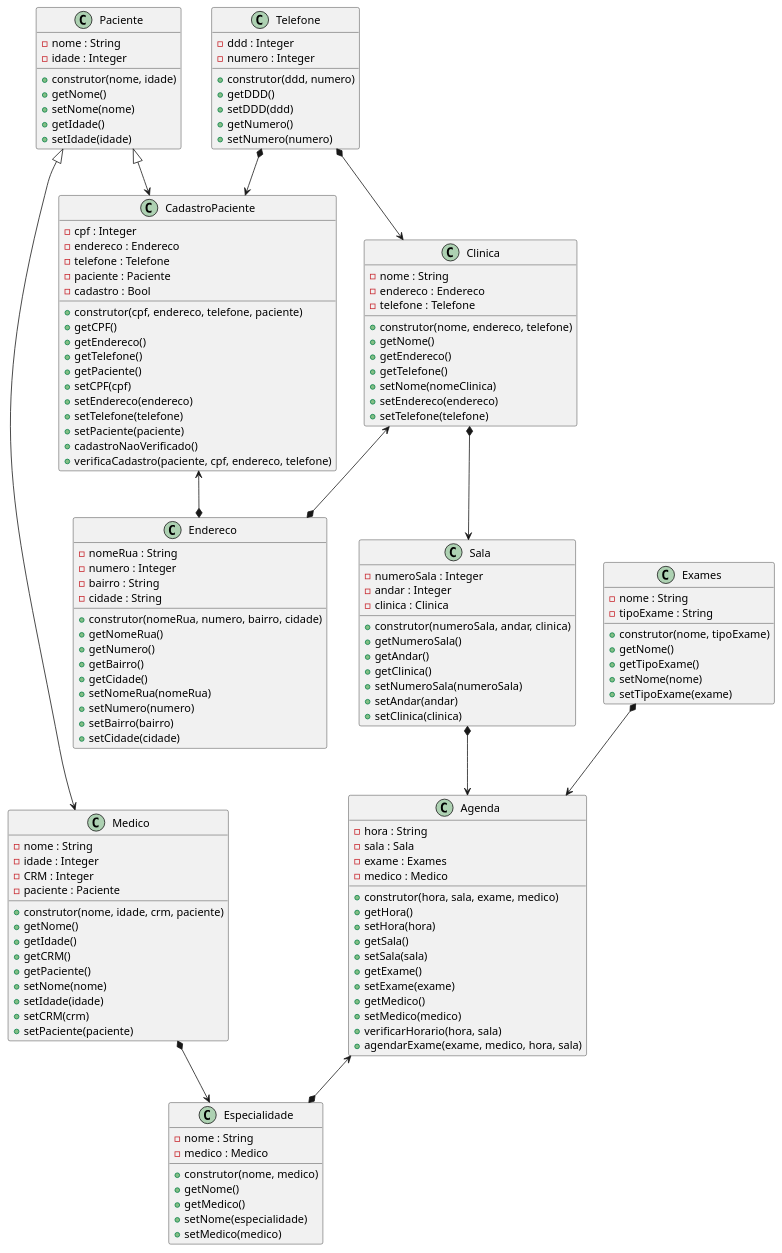
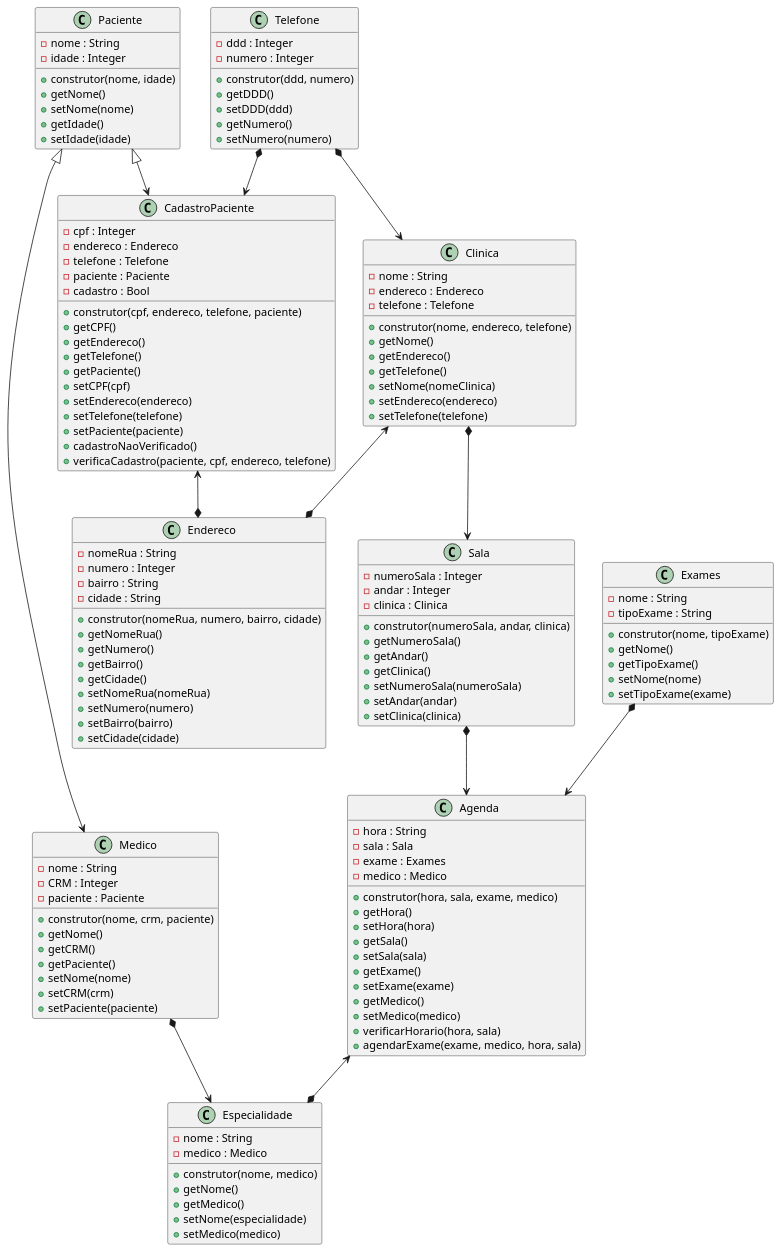
The diagram in diagrama.plantuml (anleaes/2022-1-N2-POO-03), drawn with PlantUML before and after one commit.

Commit message:
retirado gets e sets idade

```diff
--- a/diagrama.plantuml
+++ b/diagrama.plantuml
@@ -1,150 +1,147 @@
 @startuml Gerenciamento de Exames Medicos
 
     class Agenda{
         - hora : String
         - sala : Sala
         - exame : Exames
         - medico : Medico
         + construtor(hora, sala, exame, medico)
         + getHora()
         + setHora(hora)
         + getSala()
         + setSala(sala)
         + getExame()
         + setExame(exame)
         + getMedico()
         + setMedico(medico)
         + verificarHorario(hora, sala)
         + agendarExame(exame, medico, hora, sala)
     }
 
     class Paciente{
         - nome : String
         - idade : Integer
         + construtor(nome, idade)
         + getNome()
         + setNome(nome)
         + getIdade()
         + setIdade(idade)
     }
 
     class CadastroPaciente{
         - cpf : Integer
         - endereco : Endereco
         - telefone : Telefone
         - paciente : Paciente
         - cadastro : Bool
         + construtor(cpf, endereco, telefone, paciente)
         + getCPF()
         + getEndereco()
         + getTelefone()
         + getPaciente()
         + setCPF(cpf)
         + setEndereco(endereco)
         + setTelefone(telefone)
         + setPaciente(paciente)
         + cadastroNaoVerificado()
         + verificaCadastro(paciente, cpf, endereco, telefone)
     }
 
     class Medico{
         - nome : String
-        - idade : Integer
         - CRM : Integer
         - paciente : Paciente
-        + construtor(nome, idade, crm, paciente)
+        + construtor(nome, crm, paciente)
         + getNome()
-        + getIdade()
         + getCRM()
         + getPaciente()
         + setNome(nome)
-        + setIdade(idade)
         + setCRM(crm)
         + setPaciente(paciente)
     }
 
     class Exames{
         - nome : String
         - tipoExame : String
         + construtor(nome, tipoExame)
         + getNome()
         + getTipoExame()
         + setNome(nome)
         + setTipoExame(exame)
     }
 
     class Especialidade{
         - nome : String
         - medico : Medico
         + construtor(nome, medico)
         + getNome()
         + getMedico()
         + setNome(especialidade)
         + setMedico(medico)
     }
 
     class Clinica{
         - nome : String
         - endereco : Endereco
         - telefone : Telefone
         + construtor(nome, endereco, telefone)
         + getNome()
         + getEndereco()
         + getTelefone()
         + setNome(nomeClinica)
         + setEndereco(endereco)
         + setTelefone(telefone)
     }
 
     class Sala{
         - numeroSala : Integer
         - andar : Integer
         - clinica : Clinica
         + construtor(numeroSala, andar, clinica)
         + getNumeroSala()
         + getAndar()
         + getClinica()
         + setNumeroSala(numeroSala)
         + setAndar(andar)
         + setClinica(clinica)
     }
 
     class Endereco{
         - nomeRua : String
         - numero : Integer
         - bairro : String
         - cidade : String
         + construtor(nomeRua, numero, bairro, cidade)
         + getNomeRua()
         + getNumero()
         + getBairro()
         + getCidade()
         + setNomeRua(nomeRua)
         + setNumero(numero)
         + setBairro(bairro)
         + setCidade(cidade)
     }
 
     class Telefone{
         - ddd : Integer
         - numero : Integer
         + construtor(ddd, numero)
         + getDDD()
         + setDDD(ddd)
         + getNumero()
         + setNumero(numero)
     }
 
     Paciente <|--> CadastroPaciente
     Paciente <|--> Medico
     Medico *--> Especialidade
     Exames *--> Agenda
     Sala *--> Agenda
     Agenda <--* Especialidade
     Clinica *--> Sala
     Clinica <--* Endereco
     CadastroPaciente <--* Endereco
     Telefone *--> Clinica
     Telefone *--> CadastroPaciente
 
 @enduml
```
